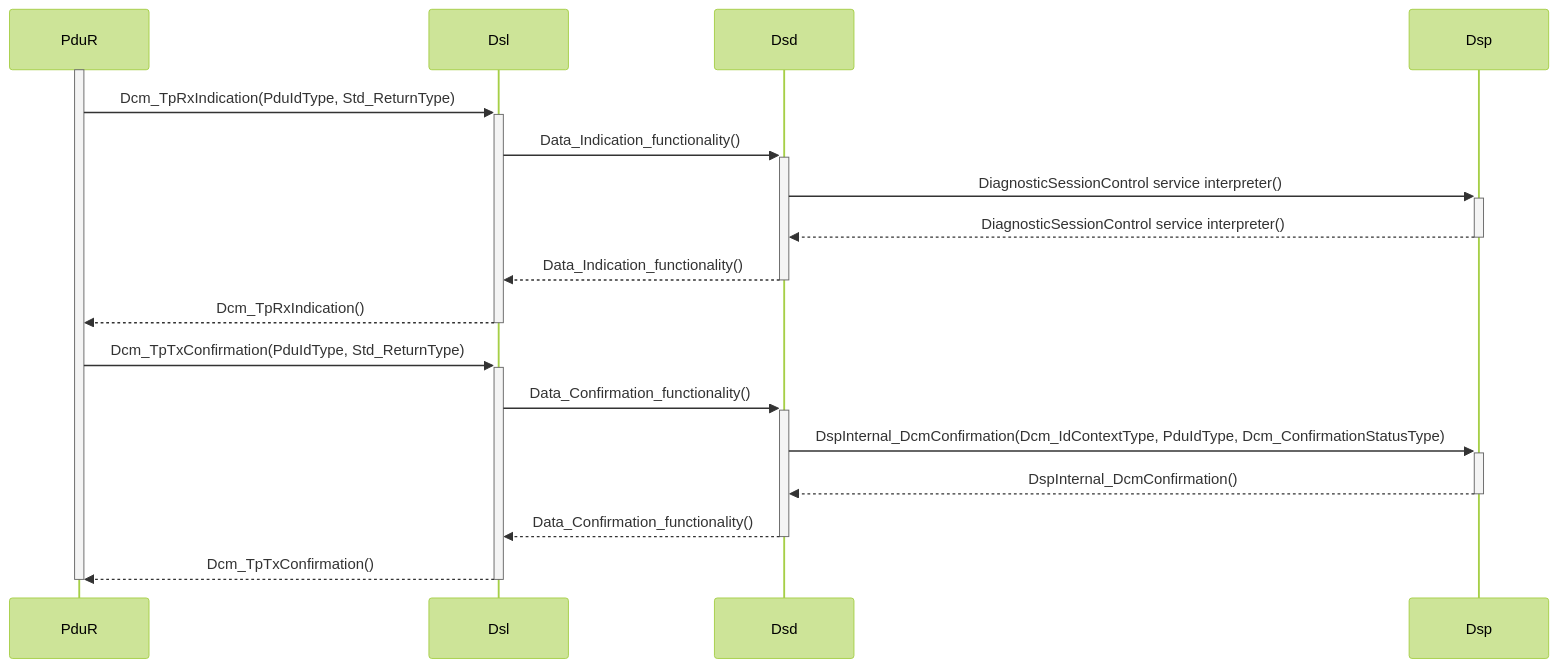
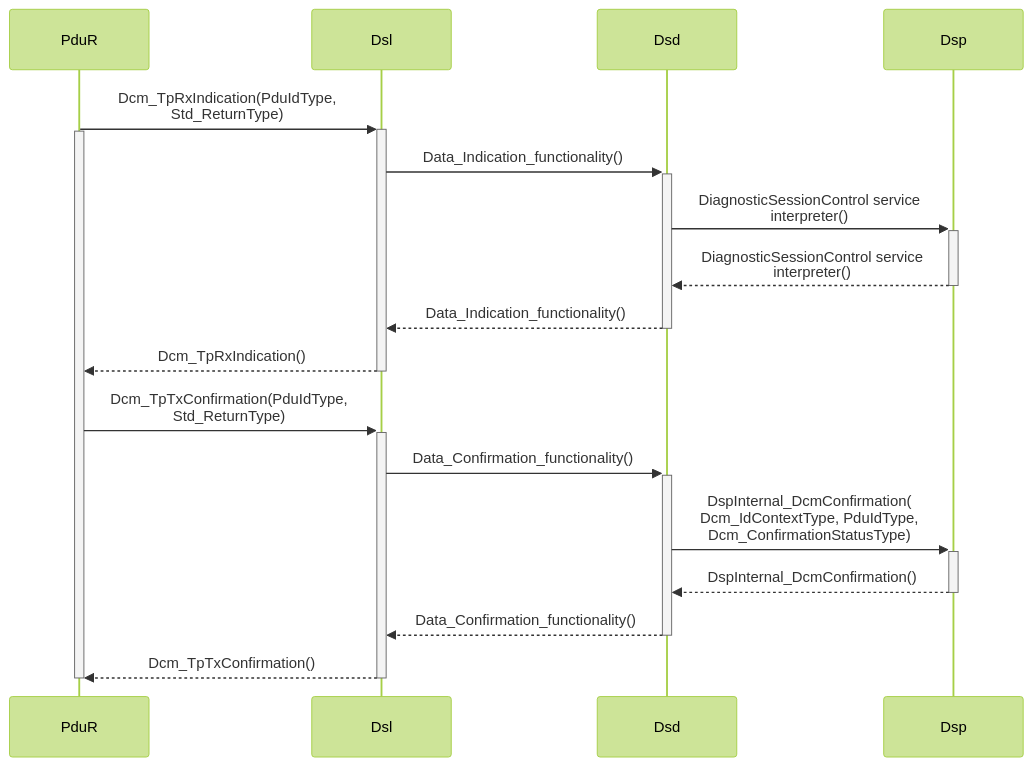
Before and after one commit to HyeonGyu-Lee/HyeonGyu-Lee.github.io: the first of 3 diagrams in docs/UDS/Services_Identifiers.md, drawn with Mermaid (forest theme). The commit also changed other lines of this file and 3 other files, not shown here.

````diff
--- a/docs/UDS/Services_Identifiers.md
+++ b/docs/UDS/Services_Identifiers.md
@@ -67,21 +67,21 @@
 ```mermaid
 sequenceDiagram
   participant PduR
   participant Dsl
   participant Dsd
   participant Dsp
+  PduR ->>+ Dsl: Dcm_TpRxIndication(PduIdType,<br>Std_ReturnType)
   activate PduR
-  PduR ->>+ Dsl: Dcm_TpRxIndication(PduIdType, Std_ReturnType)
   Dsl->>+ Dsd: Data_Indication_functionality()
-  Dsd->>+ Dsp: DiagnosticSessionControl service interpreter()
-  Dsp -->>- Dsd: DiagnosticSessionControl service interpreter()
+  Dsd->>+ Dsp: DiagnosticSessionControl service<br>interpreter()
+  Dsp -->>- Dsd: DiagnosticSessionControl service<br>interpreter()
   Dsd -->>- Dsl: Data_Indication_functionality()
   Dsl -->>- PduR: Dcm_TpRxIndication()
-  PduR ->>+ Dsl: Dcm_TpTxConfirmation(PduIdType, Std_ReturnType)
+  PduR ->>+ Dsl: Dcm_TpTxConfirmation(PduIdType,<br>Std_ReturnType)
   Dsl->>+ Dsd: Data_Confirmation_functionality()
-  Dsd->>+ Dsp: DspInternal_DcmConfirmation(Dcm_IdContextType, PduIdType, Dcm_ConfirmationStatusType)
+  Dsd->>+ Dsp: DspInternal_DcmConfirmation(<br>Dcm_IdContextType, PduIdType,<br>Dcm_ConfirmationStatusType)
   Dsp -->>- Dsd: DspInternal_DcmConfirmation()
   Dsd -->>- Dsl: Data_Confirmation_functionality()
   Dsl -->>- PduR: Dcm_TpTxConfirmation()
   deactivate PduR
 ```
````
